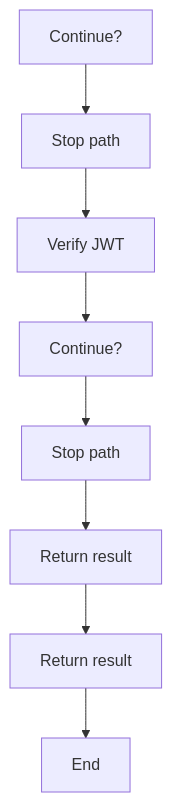
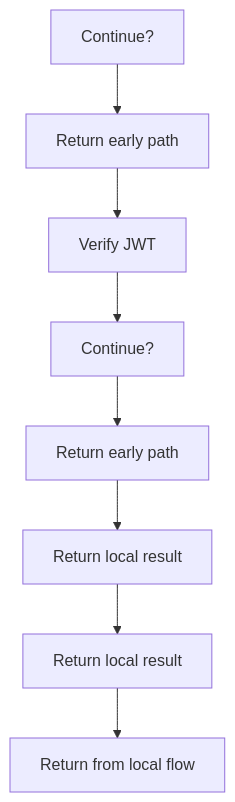
The third of 7 diagrams in docs/Codebase/Backend/src/controllers/authController.js.md (JohnAndrewBalbarosa/NeoTerritory), drawn with Mermaid before and after one commit. The commit also changed other lines of this file and 915 other files, not shown here.

````diff
--- a/docs/Codebase/Backend/src/controllers/authController.js.md
+++ b/docs/Codebase/Backend/src/controllers/authController.js.md
@@ -73,18 +72,18 @@
 ```mermaid
 flowchart TD
     N0["Continue?"]
-    N1["Stop path"]
+    N1["Return early path"]
     N2["Verify JWT"]
     N3["Continue?"]
-    N4["Stop path"]
-    N5["Return result"]
-    N6["Return result"]
-    N7["End"]
+    N4["Return early path"]
+    N5["Return local result"]
+    N6["Return local result"]
+    N7["Return from local flow"]
     N0 --> N1
     N1 --> N2
     N2 --> N3
     N3 --> N4
     N4 --> N5
     N5 --> N6
     N6 --> N7
 ```
````
